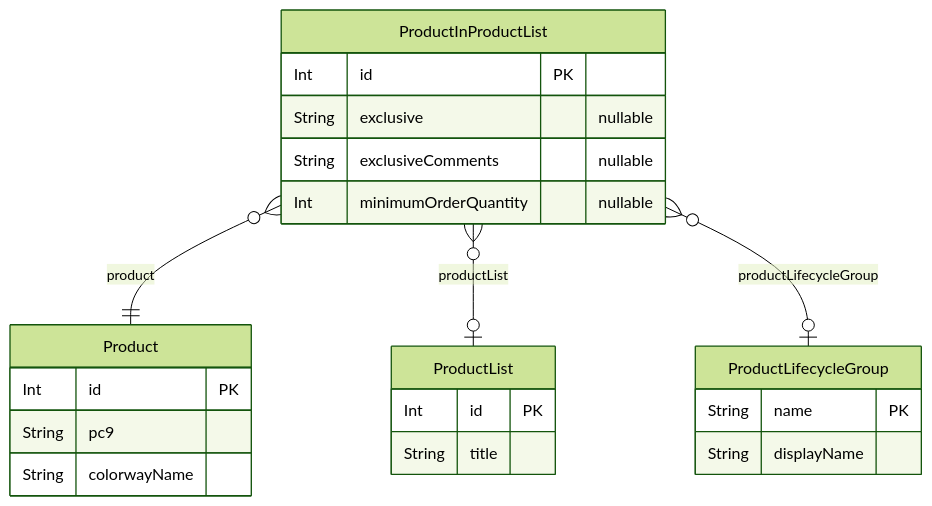
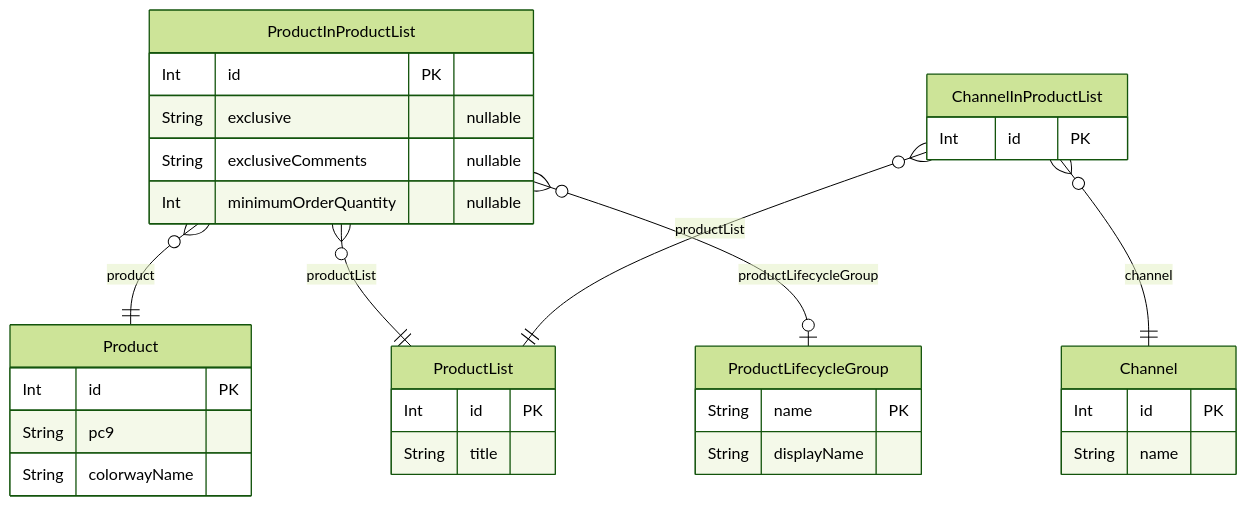
Before and after one commit to redbadger/assortify-attributes-spike: the diagram in README.md, drawn with Mermaid (forest theme). The commit also changed 10 other files, not shown here.

````diff
--- a/README.md
+++ b/README.md
@@ -1,33 +1,46 @@
 ```mermaid
 erDiagram
 
   Product {
     Int id PK 
     String pc9  
     String colorwayName  
     }
   
 
   ProductList {
     Int id PK 
     String title  
     }
   
 
   ProductInProductList {
     Int id PK 
     String exclusive  "nullable"
     String exclusiveComments  "nullable"
     Int minimumOrderQuantity  "nullable"
     }
   
 
   ProductLifecycleGroup {
     String name PK 
     String displayName  
     }
   
+
+  Channel {
+    Int id PK 
+    String name  
+    }
+  
+
+  ChannelInProductList {
+    Int id PK 
+    }
+  
     ProductInProductList o{--|| Product : "product"
-    ProductInProductList o{--|o ProductList : "productList"
+    ProductInProductList o{--|| ProductList : "productList"
     ProductInProductList o{--|o ProductLifecycleGroup : "productLifecycleGroup"
+    ChannelInProductList o{--|| Channel : "channel"
+    ChannelInProductList o{--|| ProductList : "productList"
 ```
````
